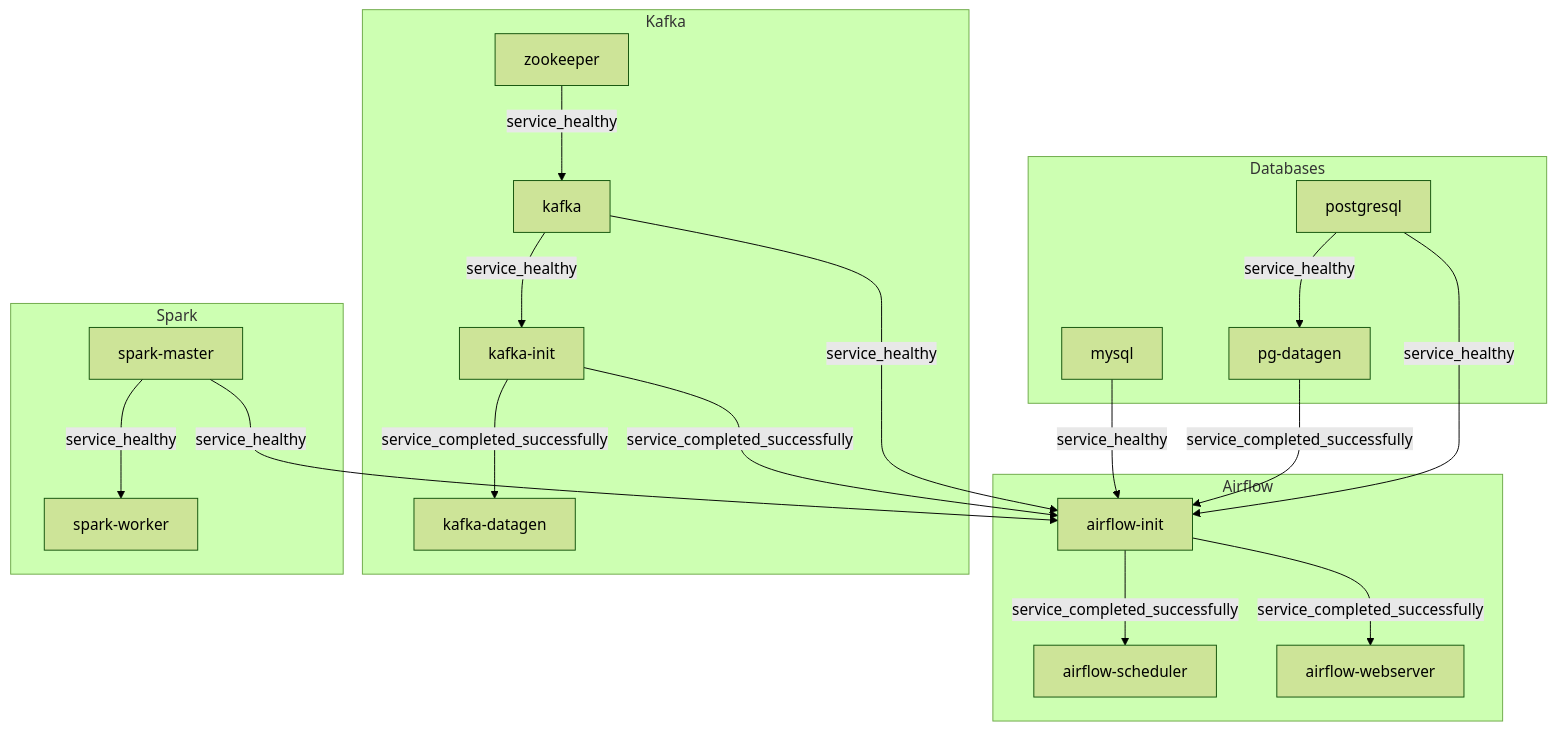
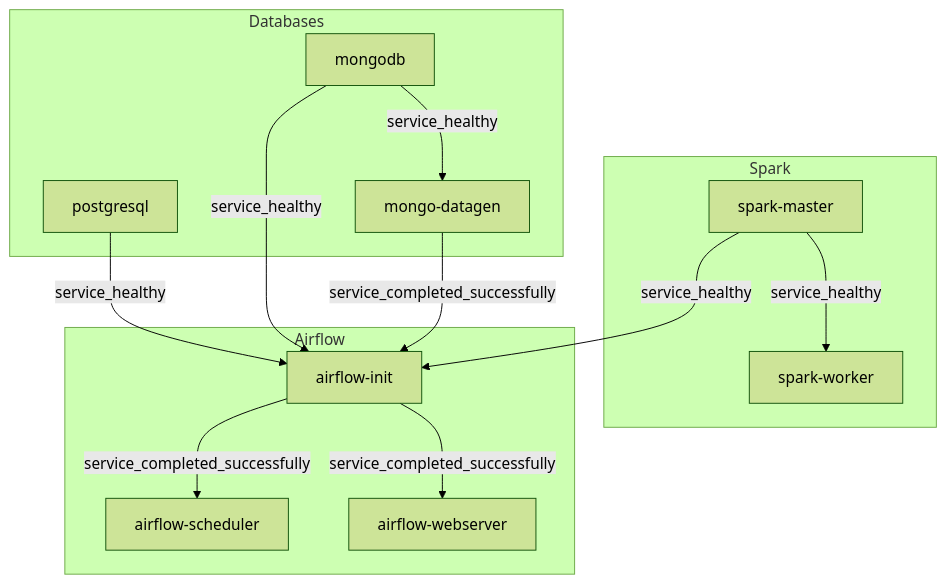
One commit to avshapoval/etl_finals changed the diagram in README.md. Above: the diagram before and after it, drawn with Mermaid (forest theme). The commit also changed other lines of this file and 9 other files, not shown here.

````diff
--- a/README.md
+++ b/README.md
@@ -46,42 +41,29 @@
 ```mermaid
 graph TD
     PG[postgresql]
-    MY[mysql]
-    PGDG[pg-datagen]
-    KDG[kafka-datagen]
+    MDB[mongodb]
+    MDBDG[mongo-datagen]
     AI[airflow-init]
     AS[airflow-scheduler]
     AW[airflow-webserver]
     SM[spark-master]
     SW[spark-worker]
-    ZK[zookeeper]
-    KF[kafka]
-    KI[kafka-init]
 
     subgraph Databases
         PG
-        MY
-        PG -->|service_healthy| PGDG
-    end
-
-    subgraph Kafka
-        ZK -->|service_healthy| KF
-        KF -->|service_healthy| KI
-        KI -->|service_completed_successfully| KDG
+        MDB -->|service_healthy| MDBDG
     end
 
     subgraph Spark
         SM -->|service_healthy| SW
     end
 
     subgraph Airflow
         PG -->|service_healthy| AI
-        MY -->|service_healthy| AI
+        MDB -->|service_healthy| AI
         SM -->|service_healthy| AI
-        KF -->|service_healthy| AI
-        PGDG -->|service_completed_successfully| AI
-        KI -->|service_completed_successfully| AI
+        MDBDG -->|service_completed_successfully| AI
         AI -->|service_completed_successfully| AS
         AI -->|service_completed_successfully| AW
     end
 ```
````
